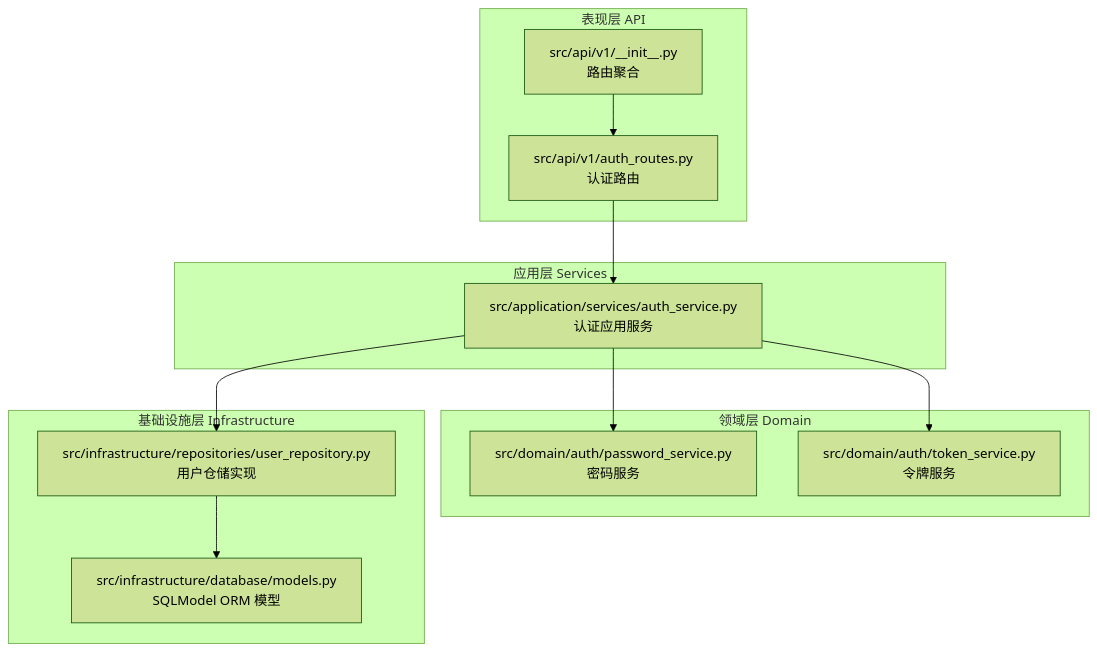
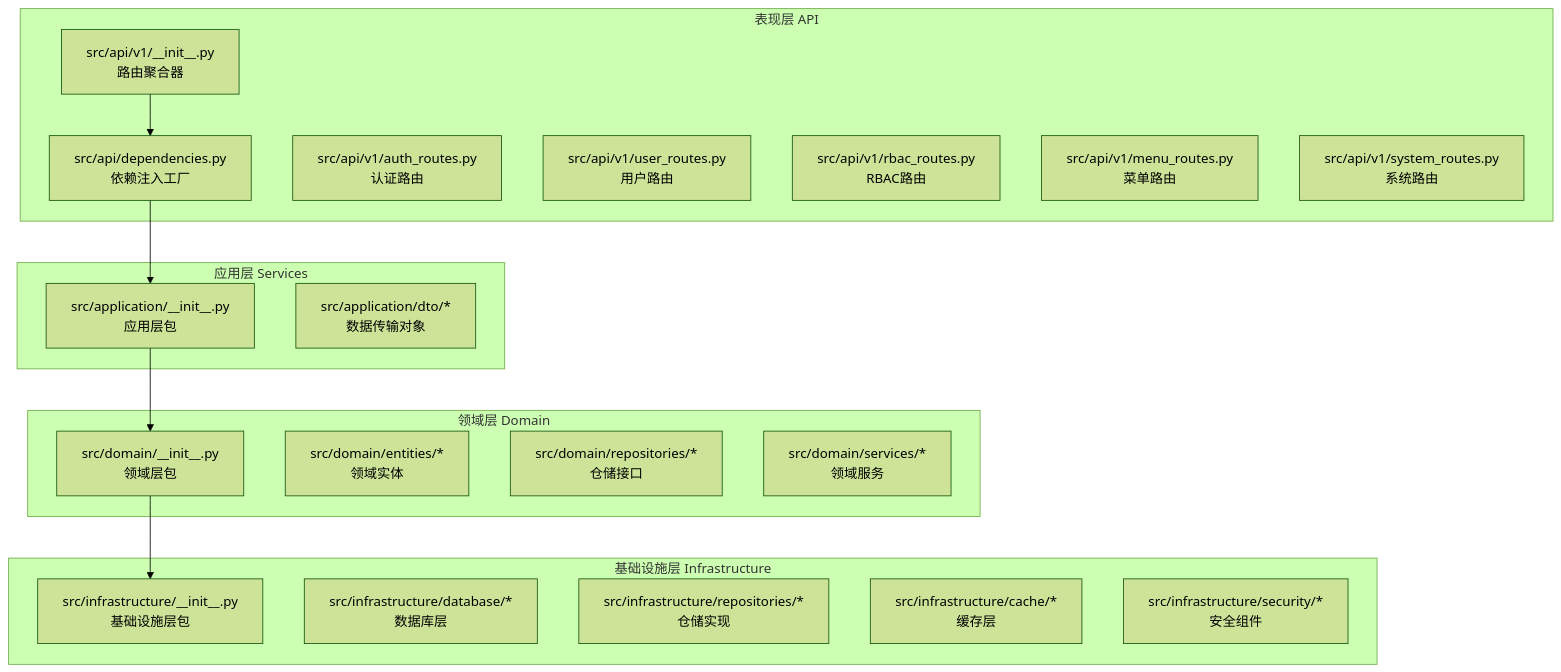
The first of 5 diagrams in .qoder/repowiki/zh/content/后端架构设计/后端架构设计.md (taoweidong/Hello-FastApi), drawn with Mermaid (forest theme) before and after one commit. The commit also changed other lines of this file and 18 other files, not shown here.

````diff
--- a/.qoder/repowiki/zh/content/后端架构设计/后端架构设计.md
+++ b/.qoder/repowiki/zh/content/后端架构设计/后端架构设计.md
@@ -44,24 +42,33 @@
 ```mermaid
 graph TB
 subgraph "表现层 API"
-A["src/api/v1/__init__.py<br/>路由聚合"]
-B["src/api/v1/auth_routes.py<br/>认证路由"]
+A["src/api/v1/__init__.py<br/>路由聚合器"]
+B["src/api/dependencies.py<br/>依赖注入工厂"]
+C["src/api/v1/auth_routes.py<br/>认证路由"]
+D["src/api/v1/user_routes.py<br/>用户路由"]
+E["src/api/v1/rbac_routes.py<br/>RBAC路由"]
+F["src/api/v1/menu_routes.py<br/>菜单路由"]
+G["src/api/v1/system_routes.py<br/>系统路由"]
 end
 subgraph "应用层 Services"
-C["src/application/services/auth_service.py<br/>认证应用服务"]
+H["src/application/__init__.py<br/>应用层包"]
+I["src/application/dto/*<br/>数据传输对象"]
 end
 subgraph "领域层 Domain"
-D["src/domain/auth/password_service.py<br/>密码服务"]
-E["src/domain/auth/token_service.py<br/>令牌服务"]
+J["src/domain/__init__.py<br/>领域层包"]
+K["src/domain/entities/*<br/>领域实体"]
+L["src/domain/repositories/*<br/>仓储接口"]
+M["src/domain/services/*<br/>领域服务"]
 end
 subgraph "基础设施层 Infrastructure"
-F["src/infrastructure/database/models.py<br/>SQLModel ORM 模型"]
-G["src/infrastructure/repositories/user_repository.py<br/>用户仓储实现"]
+N["src/infrastructure/__init__.py<br/>基础设施层包"]
+O["src/infrastructure/database/*<br/>数据库层"]
+P["src/infrastructure/repositories/*<br/>仓储实现"]
+Q["src/infrastructure/cache/*<br/>缓存层"]
+R["src/infrastructure/security/*<br/>安全组件"]
 end
 A --> B
-B --> C
-C --> D
-C --> E
-C --> G
-G --> F
+B --> H
+H --> J
+J --> N
 ```
````
